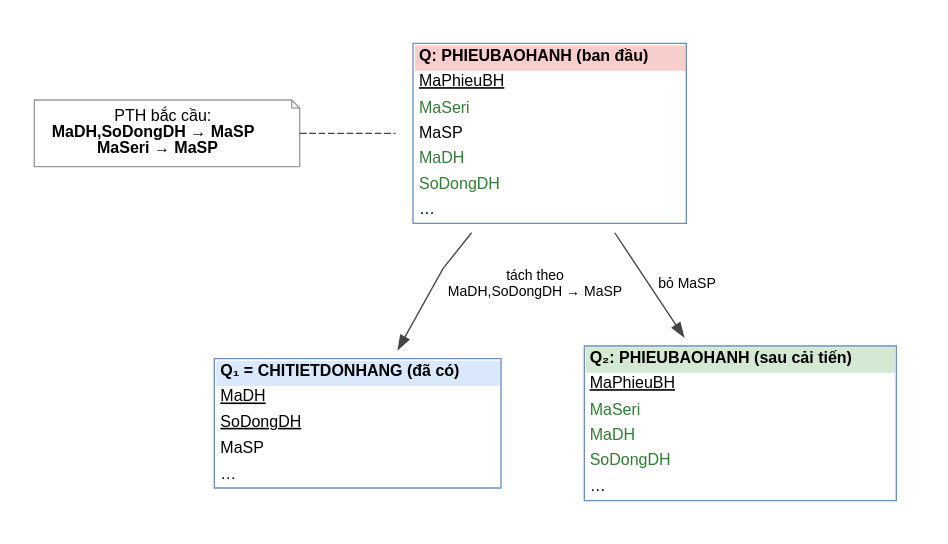
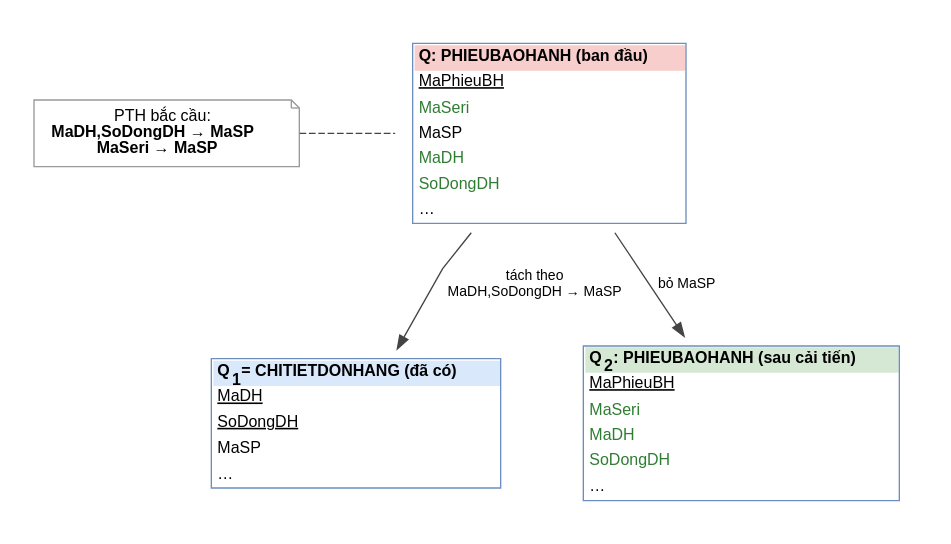
One commit to twotnguyen/CSDL-NC-PowerTech changed the diagram in bao-cao-moi/hinh/phan_ra_phieubaohanh.dot. Above: the diagram before and after it, drawn with Graphviz. The commit also changed 54 other files, not shown here.

```diff
--- a/bao-cao-moi/hinh/phan_ra_phieubaohanh.dot
+++ b/bao-cao-moi/hinh/phan_ra_phieubaohanh.dot
@@ -1,10 +1,10 @@
 digraph G {
   rankdir=TB; splines=polyline; nodesep=0.5; ranksep=0.75; pad=0.25;
   node [fontname="Helvetica", fontsize=12, margin="0.18,0.1"]; edge [fontname="Helvetica", fontsize=10.5, color="#444444"];
   q [shape=plaintext, label=<<TABLE BORDER="1" COLOR="#6C8EBF" CELLBORDER="0" CELLSPACING="0" CELLPADDING="3"><TR><TD BGCOLOR="#F8CECC"><B>Q: PHIEUBAOHANH (ban đầu)</B></TD></TR><TR><TD ALIGN="LEFT"><U>MaPhieuBH</U></TD></TR><TR><TD ALIGN="LEFT"><FONT COLOR="#2E7D32">MaSeri</FONT></TD></TR><TR><TD ALIGN="LEFT">MaSP</TD></TR><TR><TD ALIGN="LEFT"><FONT COLOR="#2E7D32">MaDH</FONT></TD></TR><TR><TD ALIGN="LEFT"><FONT COLOR="#2E7D32">SoDongDH</FONT></TD></TR><TR><TD ALIGN="LEFT">…</TD></TR></TABLE>>];
   pth [shape=note, style=filled, fillcolor="#FFFFFF", color="#999999", label=<PTH bắc cầu:<BR/><B>MaDH,SoDongDH → MaSP</B><BR/><B>MaSeri → MaSP</B>>];
-  q1 [shape=plaintext, label=<<TABLE BORDER="1" COLOR="#6C8EBF" CELLBORDER="0" CELLSPACING="0" CELLPADDING="3"><TR><TD BGCOLOR="#DAE8FC"><B>Q₁ = CHITIETDONHANG (đã có)</B></TD></TR><TR><TD ALIGN="LEFT"><U>MaDH</U></TD></TR><TR><TD ALIGN="LEFT"><U>SoDongDH</U></TD></TR><TR><TD ALIGN="LEFT">MaSP</TD></TR><TR><TD ALIGN="LEFT">…</TD></TR></TABLE>>];
-  q2 [shape=plaintext, label=<<TABLE BORDER="1" COLOR="#6C8EBF" CELLBORDER="0" CELLSPACING="0" CELLPADDING="3"><TR><TD BGCOLOR="#D5E8D4"><B>Q₂: PHIEUBAOHANH (sau cải tiến)</B></TD></TR><TR><TD ALIGN="LEFT"><U>MaPhieuBH</U></TD></TR><TR><TD ALIGN="LEFT"><FONT COLOR="#2E7D32">MaSeri</FONT></TD></TR><TR><TD ALIGN="LEFT"><FONT COLOR="#2E7D32">MaDH</FONT></TD></TR><TR><TD ALIGN="LEFT"><FONT COLOR="#2E7D32">SoDongDH</FONT></TD></TR><TR><TD ALIGN="LEFT">…</TD></TR></TABLE>>];
+  q1 [shape=plaintext, label=<<TABLE BORDER="1" COLOR="#6C8EBF" CELLBORDER="0" CELLSPACING="0" CELLPADDING="3"><TR><TD BGCOLOR="#DAE8FC"><B>Q<SUB>1</SUB> = CHITIETDONHANG (đã có)</B></TD></TR><TR><TD ALIGN="LEFT"><U>MaDH</U></TD></TR><TR><TD ALIGN="LEFT"><U>SoDongDH</U></TD></TR><TR><TD ALIGN="LEFT">MaSP</TD></TR><TR><TD ALIGN="LEFT">…</TD></TR></TABLE>>];
+  q2 [shape=plaintext, label=<<TABLE BORDER="1" COLOR="#6C8EBF" CELLBORDER="0" CELLSPACING="0" CELLPADDING="3"><TR><TD BGCOLOR="#D5E8D4"><B>Q<SUB>2</SUB>: PHIEUBAOHANH (sau cải tiến)</B></TD></TR><TR><TD ALIGN="LEFT"><U>MaPhieuBH</U></TD></TR><TR><TD ALIGN="LEFT"><FONT COLOR="#2E7D32">MaSeri</FONT></TD></TR><TR><TD ALIGN="LEFT"><FONT COLOR="#2E7D32">MaDH</FONT></TD></TR><TR><TD ALIGN="LEFT"><FONT COLOR="#2E7D32">SoDongDH</FONT></TD></TR><TR><TD ALIGN="LEFT">…</TD></TR></TABLE>>];
   q -> q1 [label="tách theo\nMaDH,SoDongDH → MaSP"]; q -> q2 [label="bỏ MaSP"]; pth -> q [style=dashed, arrowhead=none];
   { rank=same; q; pth }
 }
```
